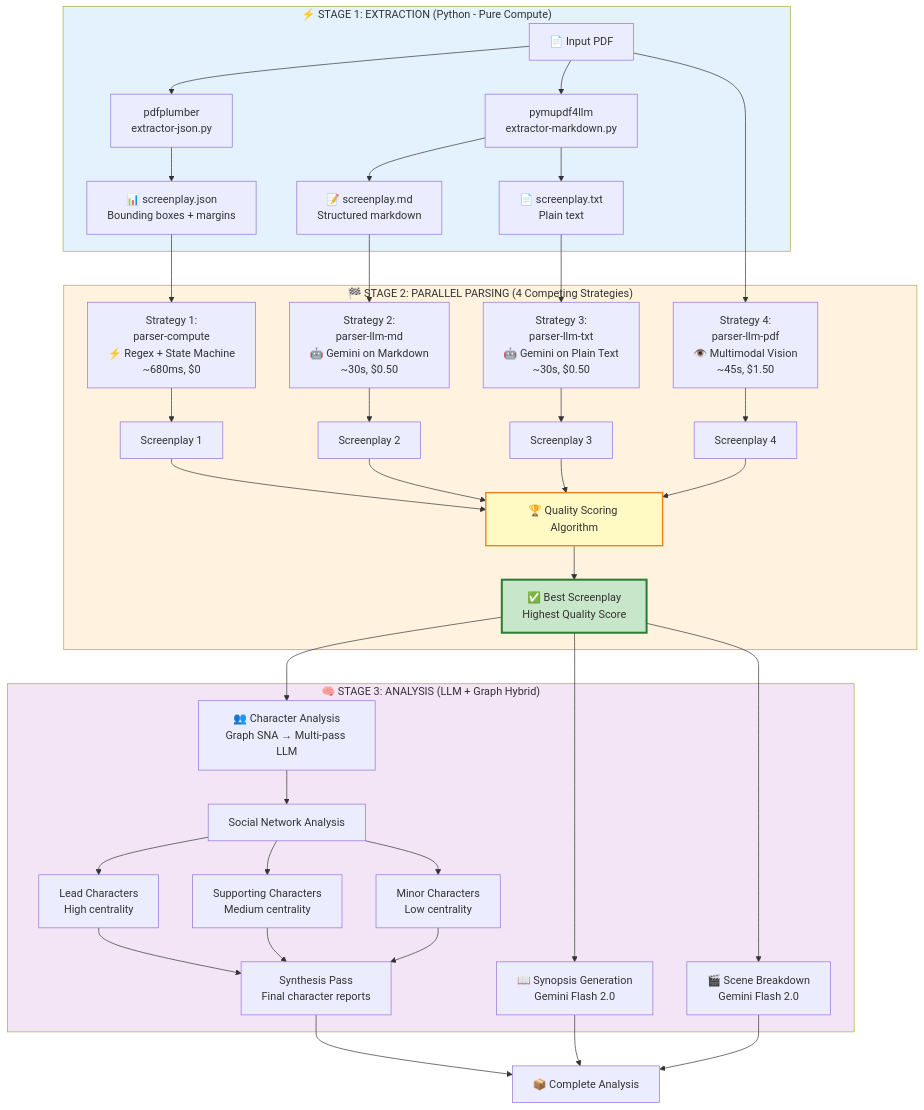
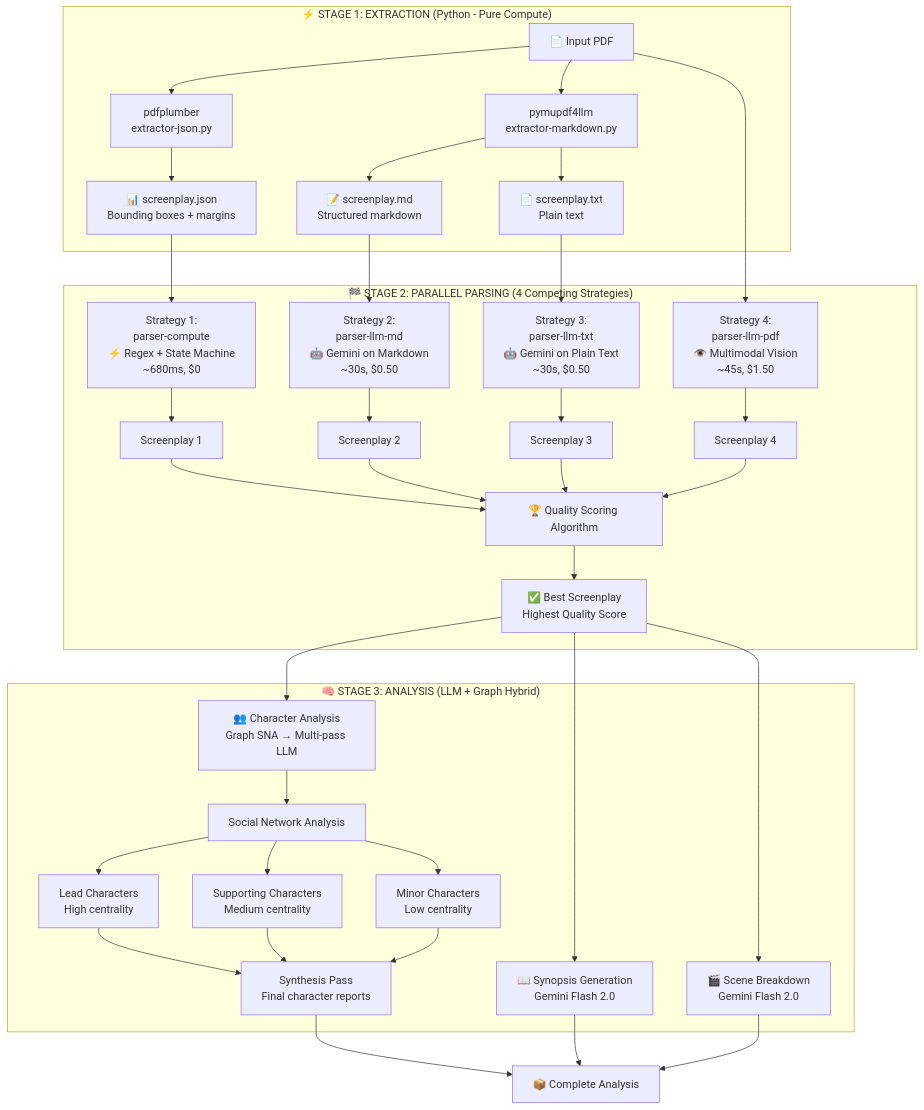
Before and after one commit to KONFeature/KONFeature.github.io: the first of 2 diagrams in src/content/articles/scenario-parser/architecture.md, drawn with Mermaid. The commit also changed other lines of this file and 11 other files, not shown here.

````diff
--- a/src/content/articles/scenario-parser/architecture.md
+++ b/src/content/articles/scenario-parser/architecture.md
@@ -27,56 +27,50 @@
 ```mermaid
 flowchart TB
     subgraph STAGE1["⚡ STAGE 1: EXTRACTION (Python - Pure Compute)"]
         PDF[📄 Input PDF]
         PDF --> Plumber[pdfplumber<br/>extractor-json.py]
         PDF --> PyMuPDF[pymupdf4llm<br/>extractor-markdown.py]
         
         Plumber --> JSON[📊 screenplay.json<br/>Bounding boxes + margins]
         PyMuPDF --> MD[📝 screenplay.md<br/>Structured markdown]
         PyMuPDF --> TXT[📄 screenplay.txt<br/>Plain text]
     end
     
     subgraph STAGE2["🏁 STAGE 2: PARALLEL PARSING (4 Competing Strategies)"]
         JSON --> P1["Strategy 1:<br/>parser-compute<br/>⚡ Regex + State Machine<br/>~680ms, $0"]
         MD --> P2["Strategy 2:<br/>parser-llm-md<br/>🤖 Gemini on Markdown<br/>~30s, $0.50"]
         TXT --> P3["Strategy 3:<br/>parser-llm-txt<br/>🤖 Gemini on Plain Text<br/>~30s, $0.50"]
         PDF --> P4["Strategy 4:<br/>parser-llm-pdf<br/>👁️ Multimodal Vision<br/>~45s, $1.50"]
         
         P1 --> S1[Screenplay 1]
         P2 --> S2[Screenplay 2]
         P3 --> S3[Screenplay 3]
         P4 --> S4[Screenplay 4]
         
         S1 --> QS[🏆 Quality Scoring Algorithm]
         S2 --> QS
         S3 --> QS
         S4 --> QS
         
         QS --> BEST[✅ Best Screenplay<br/>Highest Quality Score]
     end
     
     subgraph STAGE3["🧠 STAGE 3: ANALYSIS (LLM + Graph Hybrid)"]
         BEST --> SYN[📖 Synopsis Generation<br/>Gemini Flash 2.0]
         BEST --> CHAR[👥 Character Analysis<br/>Graph SNA → Multi-pass LLM]
         BEST --> SCENE[🎬 Scene Breakdown<br/>Gemini Flash 2.0]
         
         CHAR --> SNA[Social Network Analysis]
         SNA --> LEAD[Lead Characters<br/>High centrality]
         SNA --> SUPPORT[Supporting Characters<br/>Medium centrality]
         SNA --> MINOR[Minor Characters<br/>Low centrality]
         
         LEAD --> SYNTH[Synthesis Pass<br/>Final character reports]
         SUPPORT --> SYNTH
         MINOR --> SYNTH
     end
     
     SYNTH --> OUTPUT[📦 Complete Analysis]
     SYN --> OUTPUT
     SCENE --> OUTPUT
-    
-    style STAGE1 fill:#e3f2fd
-    style STAGE2 fill:#fff3e0
-    style STAGE3 fill:#f3e5f5
-    style BEST fill:#c8e6c9,stroke:#2e7d32,stroke-width:3px
-    style QS fill:#fff9c4,stroke:#f57f17,stroke-width:2px
 ```
````
